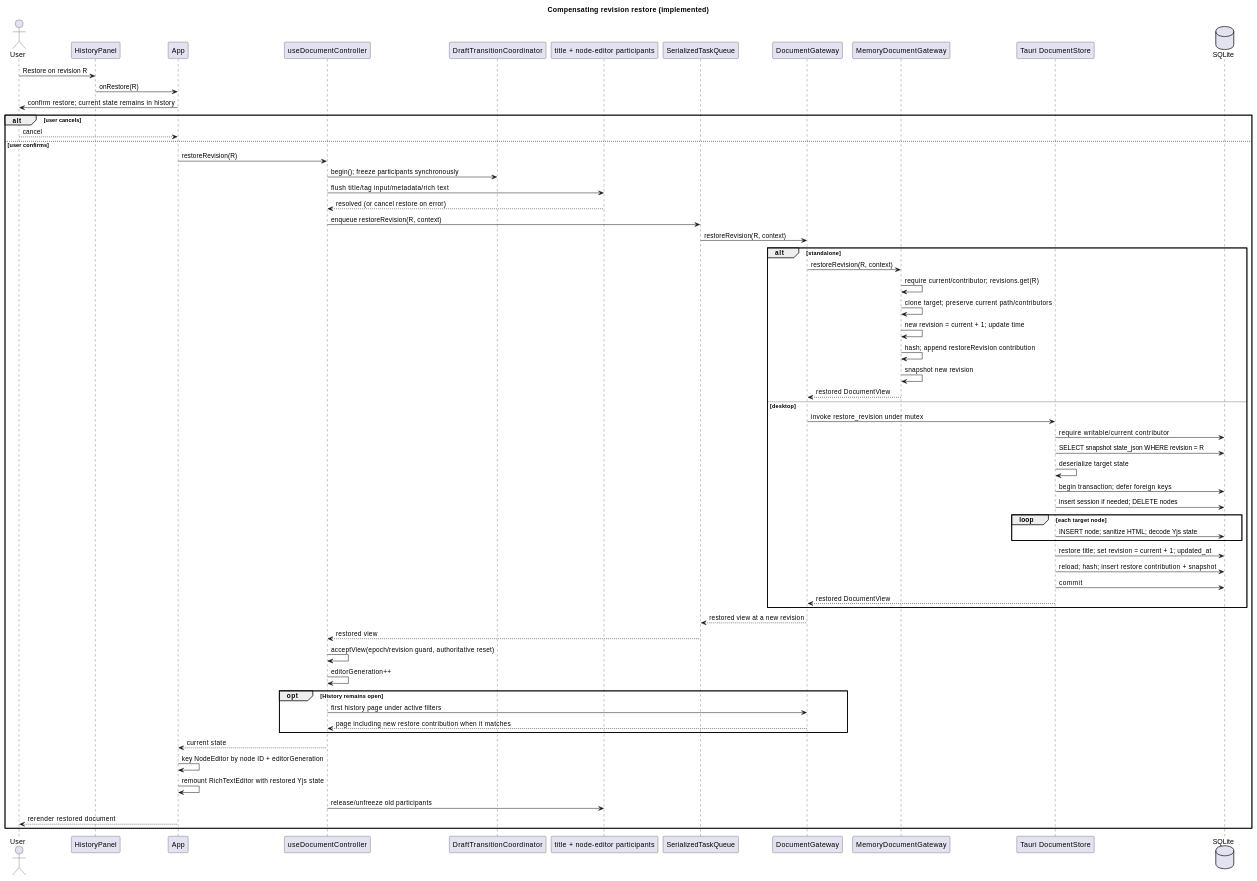
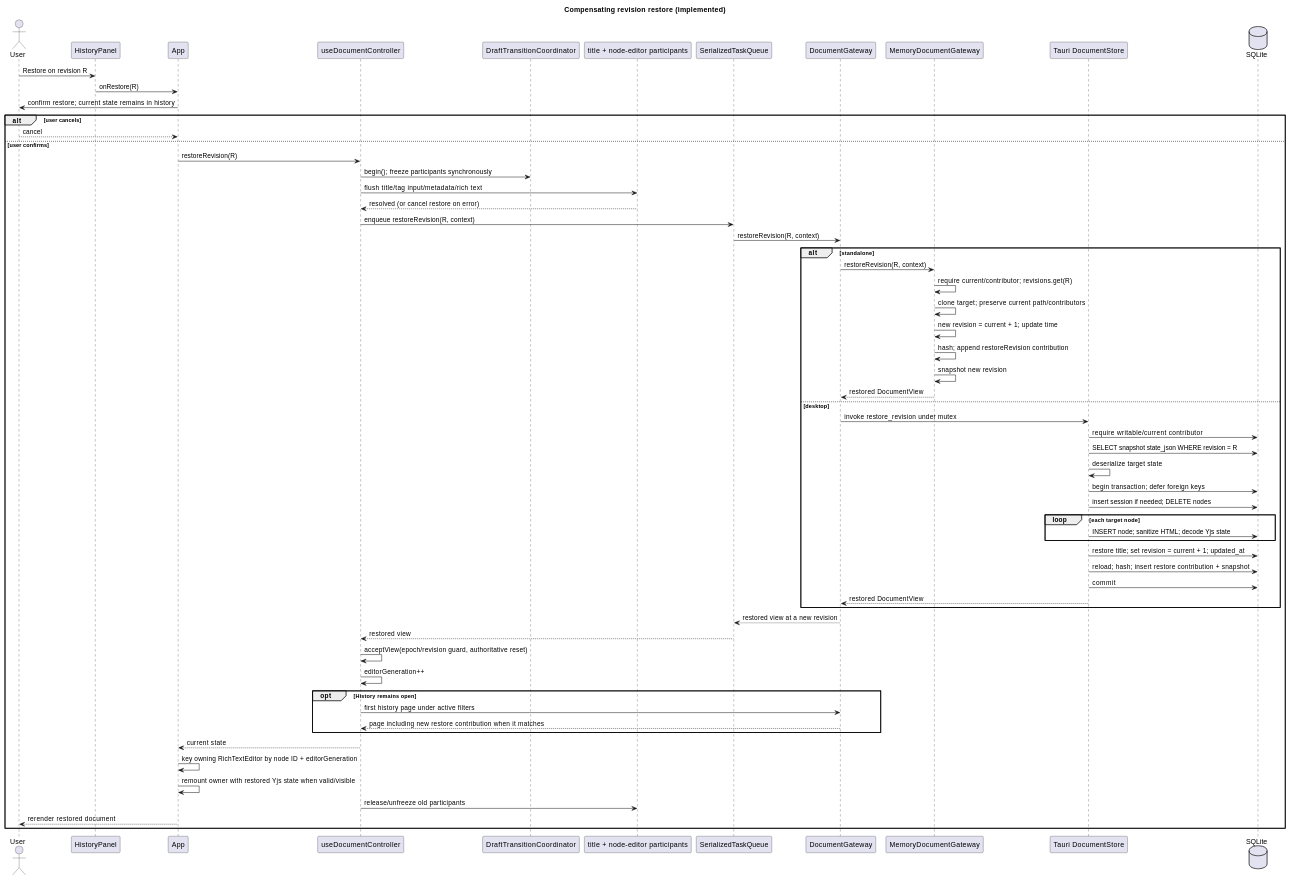
Before and after one commit to benoit-gl/coedit: the eighth of 14 diagrams in docs/SEQUENCE_DIAGRAMS.md, drawn with PlantUML. The commit also changed other lines of this file and 33 other files, not shown here.

````diff
--- a/docs/SEQUENCE_DIAGRAMS.md
+++ b/docs/SEQUENCE_DIAGRAMS.md
@@ -459,66 +459,66 @@
 ```plantuml
 @startuml
 title Compensating revision restore (implemented)
 actor User
 participant "HistoryPanel" as Panel
 participant "App" as App
 participant "useDocumentController" as Controller
 participant "DraftTransitionCoordinator" as Drafts
 participant "title + node-editor participants" as Participants
 participant "SerializedTaskQueue" as Queue
 participant "DocumentGateway" as Gateway
 participant "MemoryDocumentGateway" as Memory
 participant "Tauri DocumentStore" as Store
 database "SQLite" as SQLite
 
 User -> Panel : Restore on revision R
 Panel -> App : onRestore(R)
 App -> User : confirm restore; current state remains in history
 alt user cancels
   User --> App : cancel
 else user confirms
   App -> Controller : restoreRevision(R)
   Controller -> Drafts : begin(); freeze participants synchronously
   Controller -> Participants : flush title/tag input/metadata/rich text
   Participants --> Controller : resolved (or cancel restore on error)
   Controller -> Queue : enqueue restoreRevision(R, context)
   Queue -> Gateway : restoreRevision(R, context)
   alt standalone
     Gateway -> Memory : restoreRevision(R, context)
     Memory -> Memory : require current/contributor; revisions.get(R)
     Memory -> Memory : clone target; preserve current path/contributors
     Memory -> Memory : new revision = current + 1; update time
     Memory -> Memory : hash; append restoreRevision contribution
     Memory -> Memory : snapshot new revision
     Memory --> Gateway : restored DocumentView
   else desktop
     Gateway -> Store : invoke restore_revision under mutex
     Store -> SQLite : require writable/current contributor
     Store -> SQLite : SELECT snapshot state_json WHERE revision = R
     Store -> Store : deserialize target state
     Store -> SQLite : begin transaction; defer foreign keys
     Store -> SQLite : insert session if needed; DELETE nodes
     loop each target node
       Store -> SQLite : INSERT node; sanitize HTML; decode Yjs state
     end
     Store -> SQLite : restore title; set revision = current + 1; updated_at
     Store -> SQLite : reload; hash; insert restore contribution + snapshot
     Store -> SQLite : commit
     Store --> Gateway : restored DocumentView
   end
   Gateway --> Queue : restored view at a new revision
   Queue --> Controller : restored view
   Controller -> Controller : acceptView(epoch/revision guard, authoritative reset)
   Controller -> Controller : editorGeneration++
   opt History remains open
     Controller -> Gateway : first history page under active filters
     Gateway --> Controller : page including new restore contribution when it matches
   end
   Controller --> App : current state
-  App -> App : key NodeEditor by node ID + editorGeneration
-  App -> App : remount RichTextEditor with restored Yjs state
+  App -> App : key owning RichTextEditor by node ID + editorGeneration
+  App -> App : remount owner with restored Yjs state when valid/visible
   Controller -> Participants : release/unfreeze old participants
   App --> User : rerender restored document
 end
 @enduml
 ```
````
